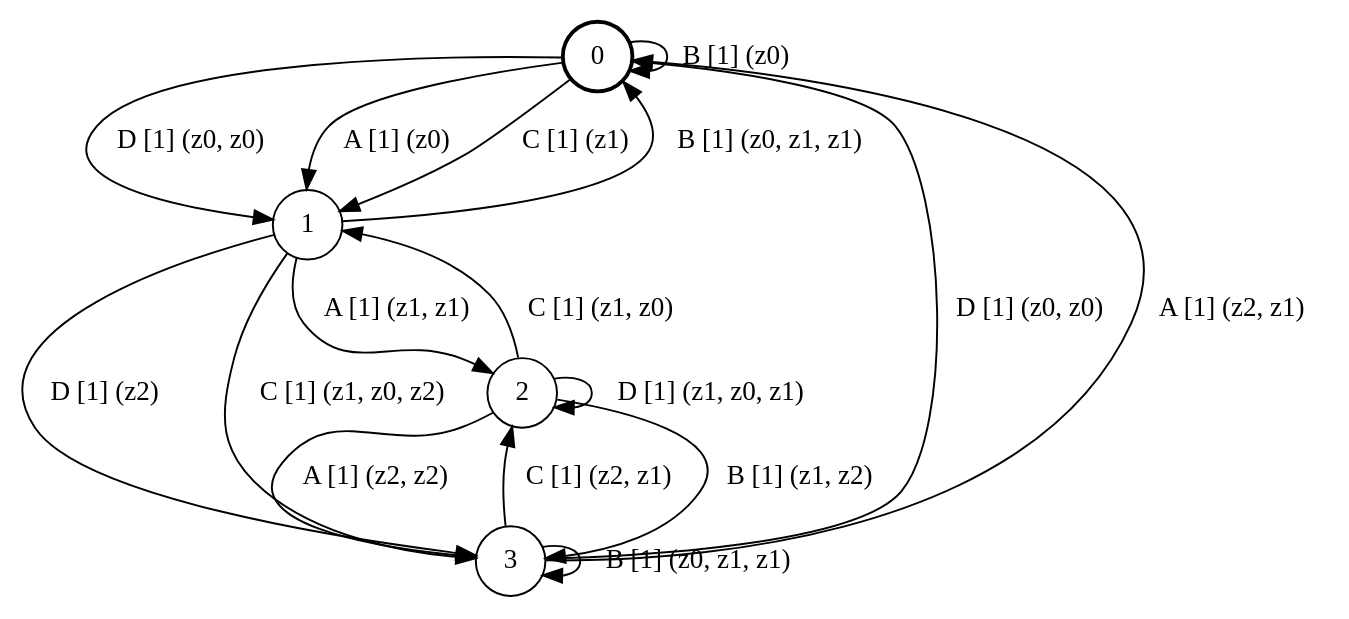
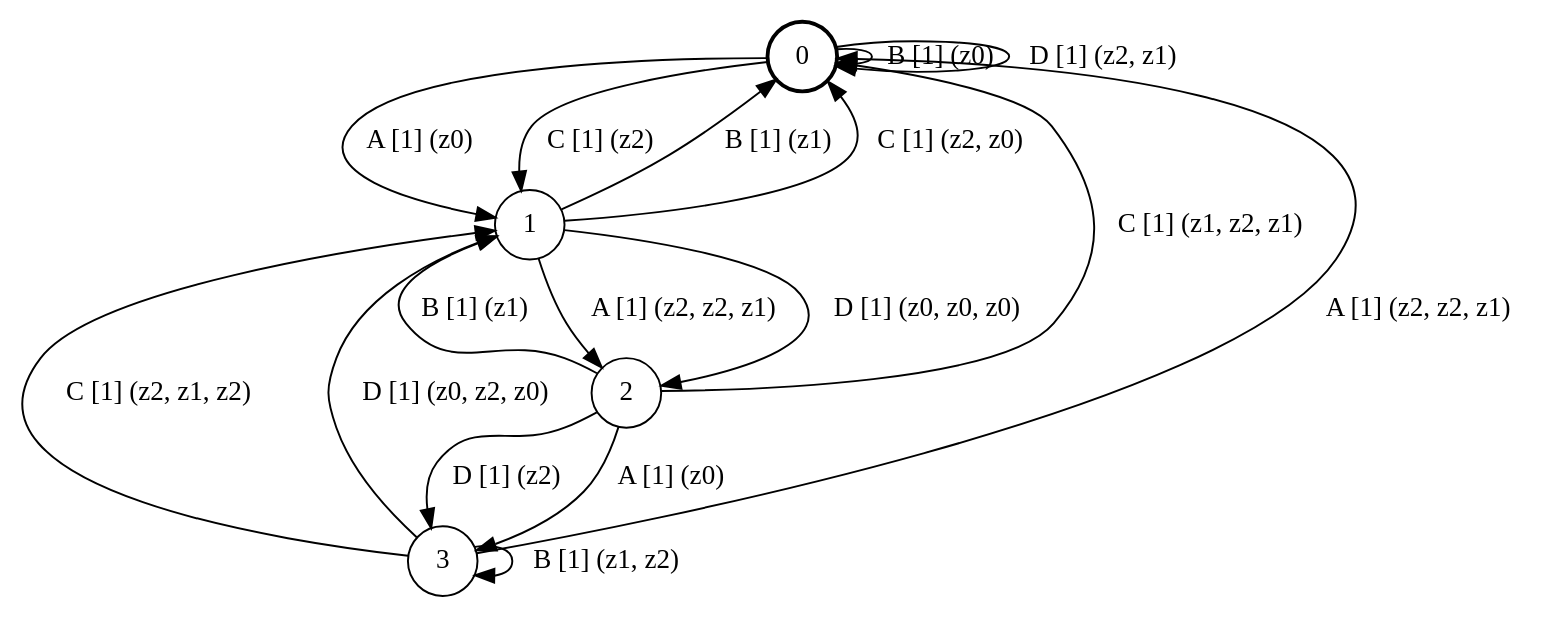
Before and after one commit to ulyantsev/EFSM-tools: the diagram in qbf/testing/fsm_4s4e3a.dot, drawn with Graphviz. The commit also changed 1162 other files, not shown here.

```diff
--- a/qbf/testing/fsm_4s4e3a.dot
+++ b/qbf/testing/fsm_4s4e3a.dot
@@ -1,22 +1,22 @@
 # generated file, don't try to modify
 # command: dot -Tpng <filename> > tree.png
 digraph Automaton {
     node [shape = circle];
     0 [style = "bold"];
-    0 -> 1 [label = "D [1] (z0, z0) "];
     0 -> 1 [label = "A [1] (z0) "];
     0 -> 0 [label = "B [1] (z0) "];
-    0 -> 1 [label = "C [1] (z1) "];
-    1 -> 3 [label = "D [1] (z2) "];
-    1 -> 2 [label = "A [1] (z1, z1) "];
-    1 -> 0 [label = "B [1] (z0, z1, z1) "];
-    1 -> 3 [label = "C [1] (z1, z0, z2) "];
-    2 -> 2 [label = "D [1] (z1, z0, z1) "];
-    2 -> 3 [label = "A [1] (z2, z2) "];
-    2 -> 3 [label = "B [1] (z1, z2) "];
-    2 -> 1 [label = "C [1] (z1, z0) "];
-    3 -> 0 [label = "D [1] (z0, z0) "];
-    3 -> 0 [label = "A [1] (z2, z1) "];
-    3 -> 3 [label = "B [1] (z0, z1, z1) "];
-    3 -> 2 [label = "C [1] (z2, z1) "];
+    0 -> 1 [label = "C [1] (z2) "];
+    0 -> 0 [label = "D [1] (z2, z1) "];
+    1 -> 2 [label = "A [1] (z2, z2, z1) "];
+    1 -> 0 [label = "B [1] (z1) "];
+    1 -> 0 [label = "C [1] (z2, z0) "];
+    1 -> 2 [label = "D [1] (z0, z0, z0) "];
+    2 -> 3 [label = "A [1] (z0) "];
+    2 -> 1 [label = "B [1] (z1) "];
+    2 -> 0 [label = "C [1] (z1, z2, z1) "];
+    2 -> 3 [label = "D [1] (z2) "];
+    3 -> 0 [label = "A [1] (z2, z2, z1) "];
+    3 -> 3 [label = "B [1] (z1, z2) "];
+    3 -> 1 [label = "C [1] (z2, z1, z2) "];
+    3 -> 1 [label = "D [1] (z0, z2, z0) "];
 }
```
